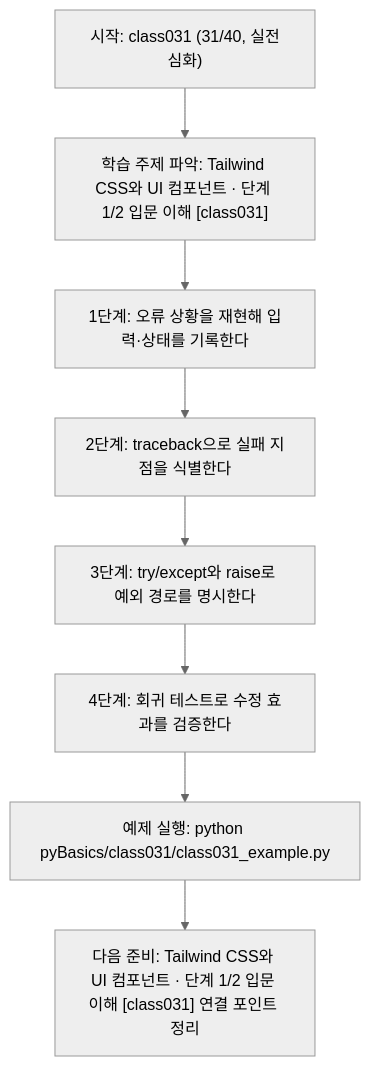
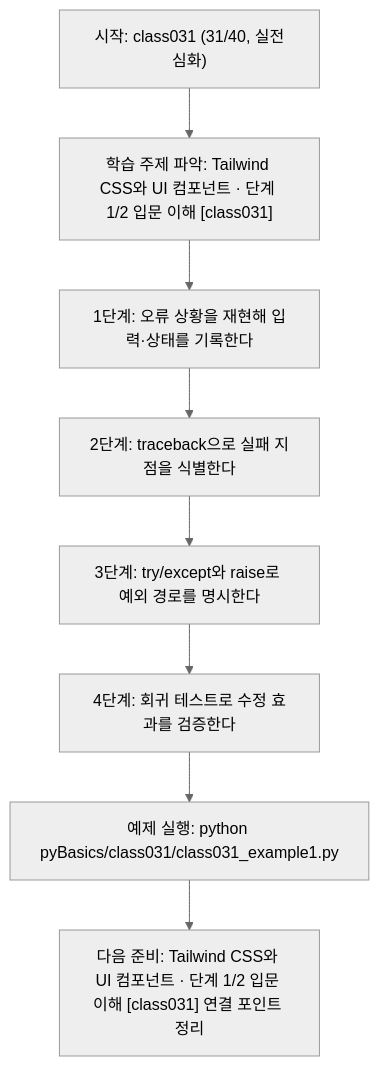
The diagram in pyBasics/class031/class031.md (edumgt/Python-AI_Agent-Class), drawn with Mermaid (neutral theme) before and after one commit. The commit also changed other lines of this file and 2959 other files, not shown here.

````diff
--- a/pyBasics/class031/class031.md
+++ b/pyBasics/class031/class031.md
@@ -108,18 +108,18 @@
 ```mermaid
 flowchart TD
 N1["시작: class031 (31/40, 실전심화)"]
 N2["학습 주제 파악: Tailwind CSS와 UI 컴포넌트 · 단계 1/2 입문 이해 [class031]"]
 N3["1단계: 오류 상황을 재현해 입력·상태를 기록한다"]
 N4["2단계: traceback으로 실패 지점을 식별한다"]
 N5["3단계: try/except와 raise로 예외 경로를 명시한다"]
 N6["4단계: 회귀 테스트로 수정 효과를 검증한다"]
-N7["예제 실행: python pyBasics/class031/class031_example.py"]
+N7["예제 실행: python pyBasics/class031/class031_example1.py"]
 N8["다음 준비: Tailwind CSS와 UI 컴포넌트 · 단계 1/2 입문 이해 [class031] 연결 포인트 정리"]
 N1 --> N2
 N2 --> N3
 N3 --> N4
 N4 --> N5
 N5 --> N6
 N6 --> N7
 N7 --> N8
 ```
````
